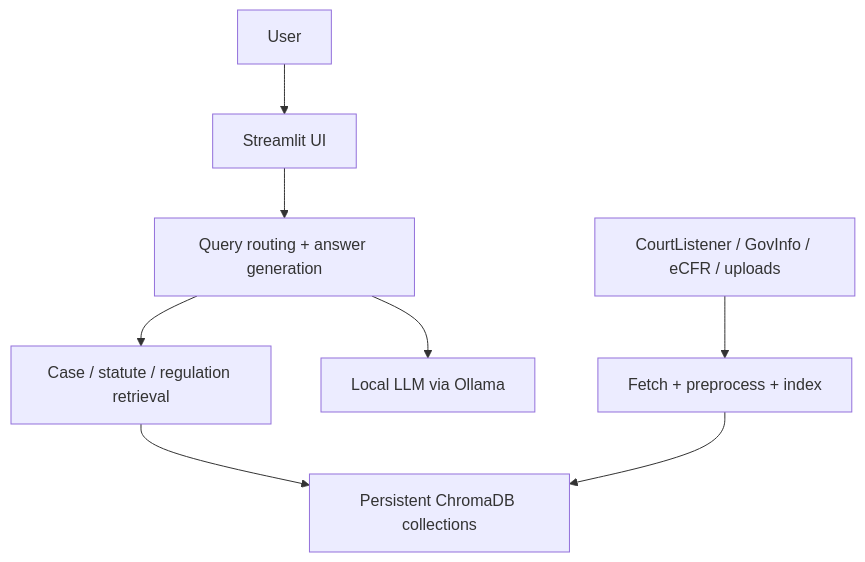
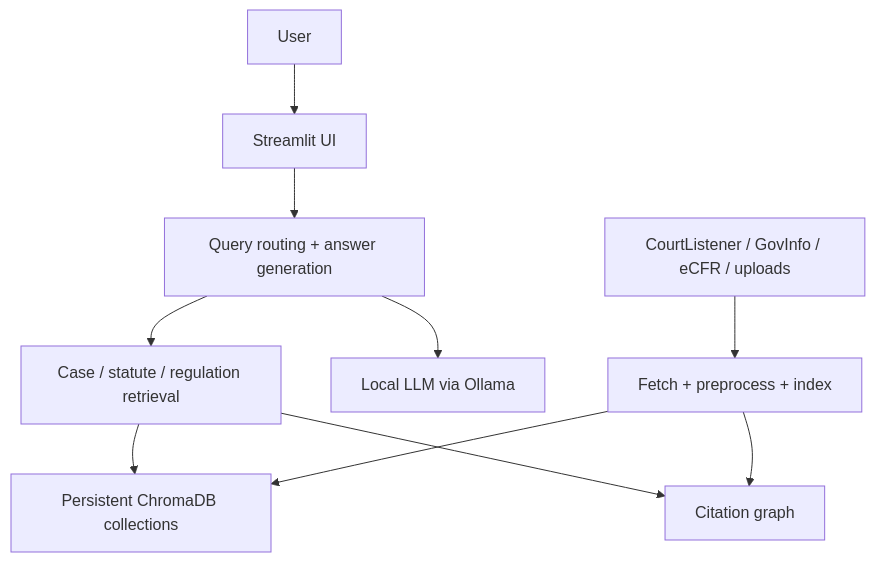
One commit to jrmcmill/lexiq changed the diagram in README.md. Above: the diagram before and after it, drawn with Mermaid. The commit also changed other lines of this file and 14 other files, not shown here.

Commit message:
implement citation graph expansion and improve context use in responses

````diff
--- a/README.md
+++ b/README.md
@@ -17,10 +17,12 @@
 ```mermaid
 flowchart TD
   User --> Chat[Streamlit UI]
   Chat --> Agent[Query routing + answer generation]
   Agent --> Retriever[Case / statute / regulation retrieval]
   Retriever --> Chroma[Persistent ChromaDB collections]
+  Retriever --> Graph[Citation graph]
   Agent --> Ollama[Local LLM via Ollama]
   Data[CourtListener / GovInfo / eCFR / uploads] --> Ingest[Fetch + preprocess + index]
   Ingest --> Chroma
+  Ingest --> Graph
 ```
````
